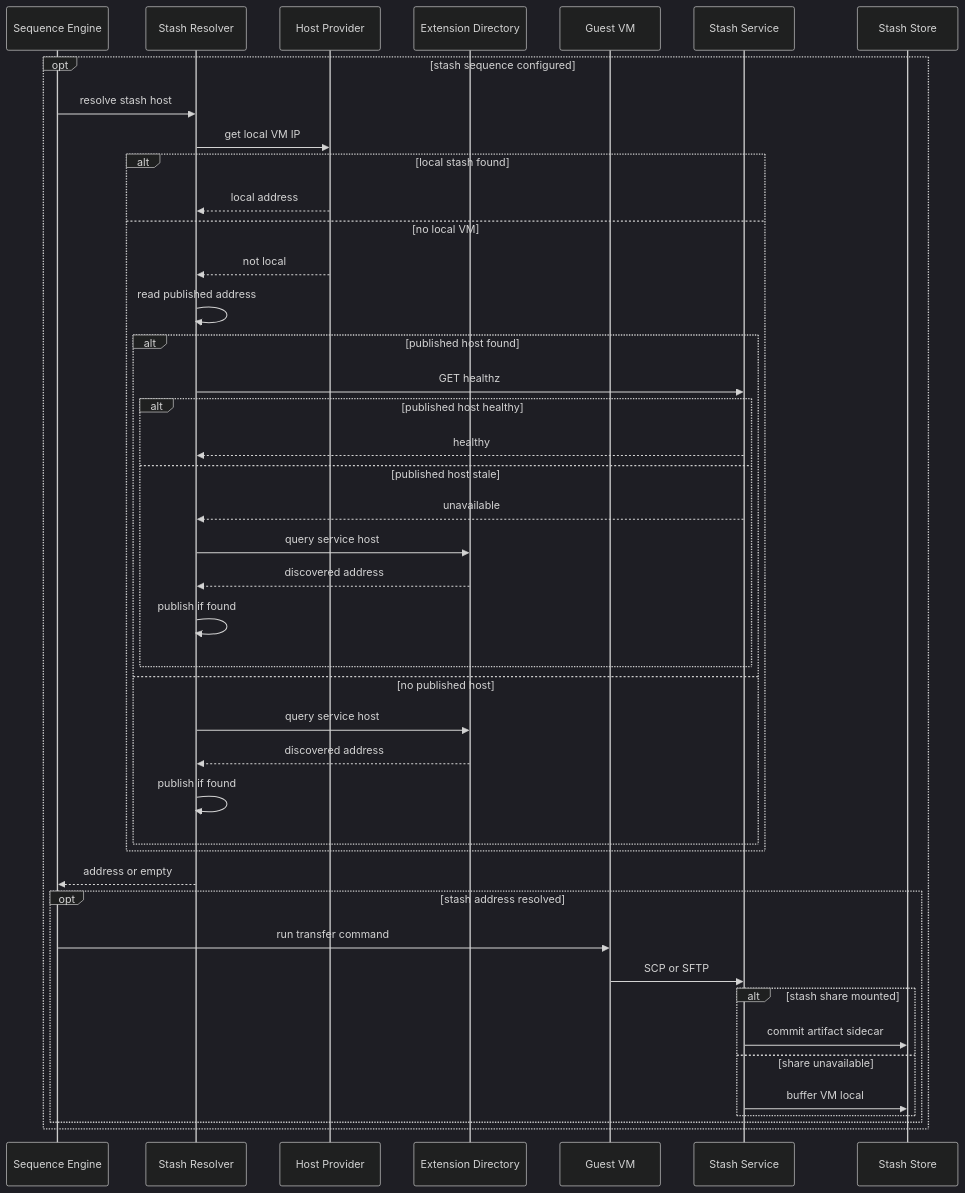
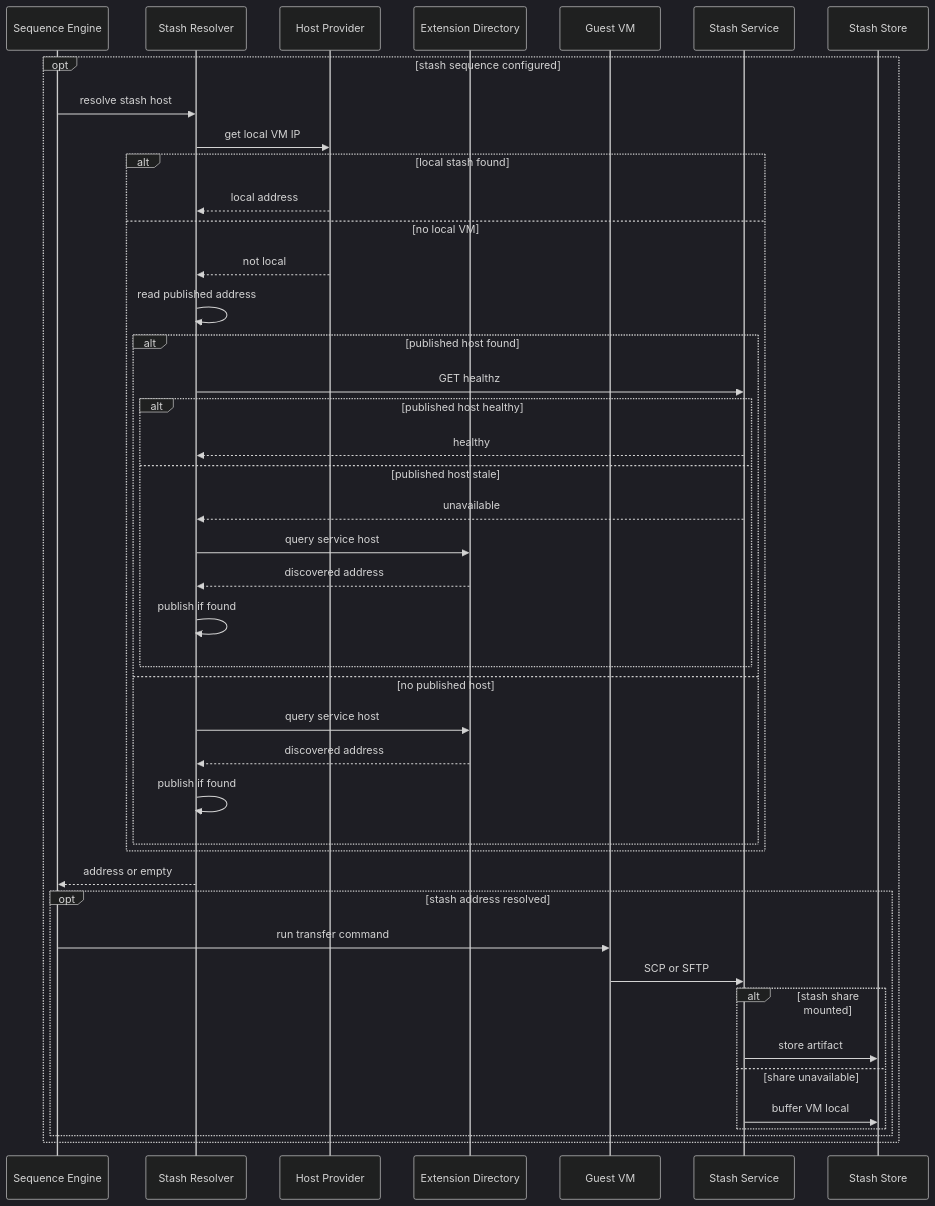
Before and after one commit to alissonsol/yuruna: the sixth of 8 diagrams in docs/design/03-data-flows.md, drawn with Mermaid (dark theme). The commit also changed other lines of this file and 849 other files, not shown here.

````diff
--- a/docs/design/03-data-flows.md
+++ b/docs/design/03-data-flows.md
@@ -286,48 +301,48 @@
 ```mermaid
 sequenceDiagram
   participant sequence-engine as Sequence Engine
   participant stash-resolver as Stash Resolver
   participant host-provider as Host Provider
   participant extension-directory as Extension Directory
   participant guest-vm as Guest VM
   participant stash-service as Stash Service
   participant stash-store as Stash Store
 
   %% optional -- this flow requires a stash-enabled sequence
   opt stash sequence configured
     sequence-engine->>stash-resolver: resolve stash host
     stash-resolver->>host-provider: get local VM IP
     alt local stash found
       host-provider-->>stash-resolver: local address
     else no local VM
       host-provider-->>stash-resolver: not local
       stash-resolver->>stash-resolver: read published address
       alt published host found
         stash-resolver->>stash-service: GET healthz
         alt published host healthy
           stash-service-->>stash-resolver: healthy
         else published host stale
           stash-service-->>stash-resolver: unavailable
           stash-resolver->>extension-directory: query service host
           extension-directory-->>stash-resolver: discovered address
           stash-resolver->>stash-resolver: publish if found
         end
       else no published host
         stash-resolver->>extension-directory: query service host
         extension-directory-->>stash-resolver: discovered address
         stash-resolver->>stash-resolver: publish if found
       end
     end
     stash-resolver-->>sequence-engine: address or empty
     %% optional -- transfer requires a resolved address
     opt stash address resolved
       sequence-engine->>guest-vm: run transfer command
       guest-vm->>stash-service: SCP or SFTP
       alt stash share mounted
-        stash-service->>stash-store: commit artifact sidecar
+        stash-service->>stash-store: store artifact
       else share unavailable
         stash-service->>stash-store: buffer VM local
       end
     end
   end
 ```
````
